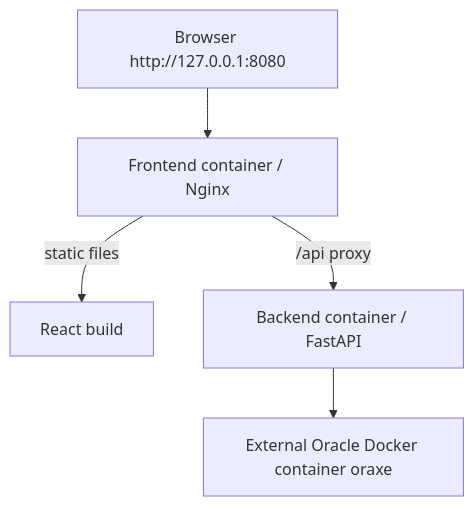
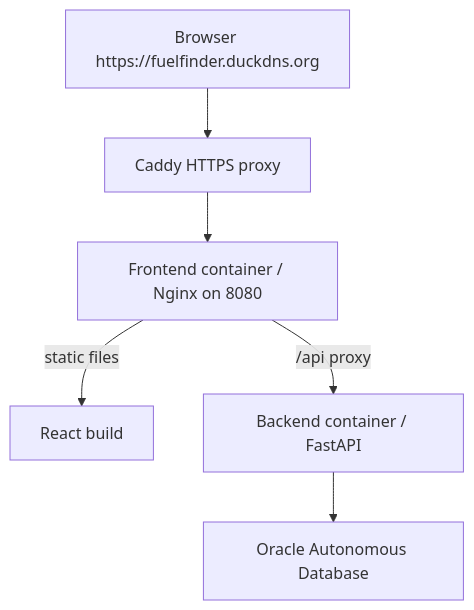
The second of 2 diagrams in PAGE_FLOW.md (Arthemisto/FuelFinder), drawn with Mermaid before and after one commit. The commit also changed other lines of this file and 7 other files, not shown here.

````diff
--- a/PAGE_FLOW.md
+++ b/PAGE_FLOW.md
@@ -264,7 +273,8 @@
 ```mermaid
 flowchart TD
-  Browser["Browser http://127.0.0.1:8080"] --> Nginx["Frontend container / Nginx"]
+  Browser["Browser https://fuelfinder.duckdns.org"] --> Caddy["Caddy HTTPS proxy"]
+  Caddy --> Nginx["Frontend container / Nginx on 8080"]
   Nginx -->|static files| ReactBuild["React build"]
   Nginx -->|/api proxy| Backend["Backend container / FastAPI"]
-  Backend --> Oracle["External Oracle Docker container oraxe"]
+  Backend --> Oracle["Oracle Autonomous Database"]
 ```
````
